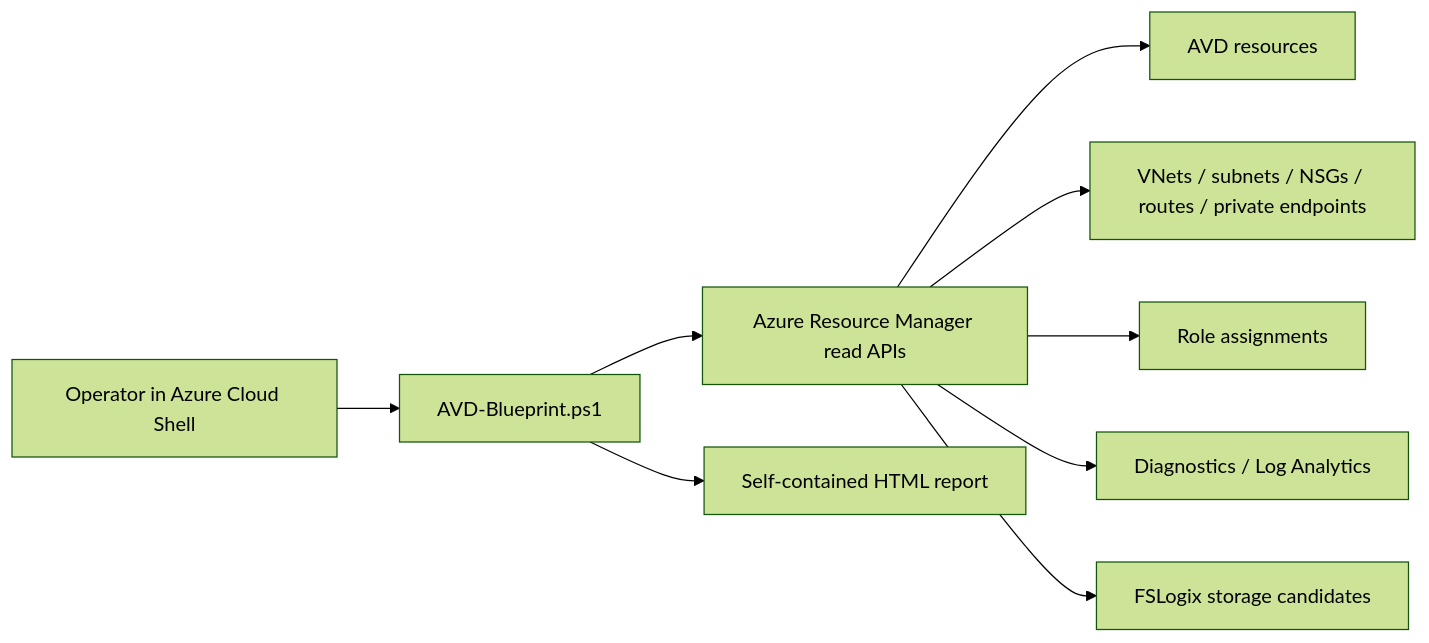
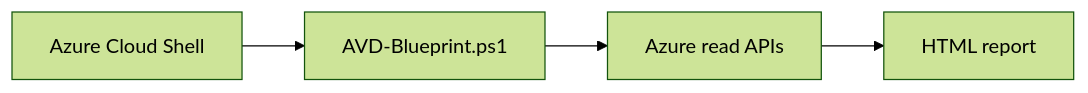
The diagram in docs/architecture.md (marsillig/AVD-DocAssess), drawn with Mermaid (forest theme) before and after one commit. The commit also changed other lines of this file and 2 other files, not shown here.

Commit message:
Simplify public repo documentation

````diff
--- a/docs/architecture.md
+++ b/docs/architecture.md
@@ -5,11 +5,6 @@
 ```mermaid
 flowchart LR
-  Operator["Operator in Azure Cloud Shell"] --> Script["AVD-Blueprint.ps1"]
-  Script --> ARM["Azure Resource Manager read APIs"]
-  ARM --> AVD["AVD resources"]
-  ARM --> Network["VNets / subnets / NSGs / routes / private endpoints"]
-  ARM --> IAM["Role assignments"]
-  ARM --> Monitor["Diagnostics / Log Analytics"]
-  ARM --> Storage["FSLogix storage candidates"]
-  Script --> Report["Self-contained HTML report"]
+  CloudShell["Azure Cloud Shell"] --> Script["AVD-Blueprint.ps1"]
+  Script --> Azure["Azure read APIs"]
+  Azure --> Report["HTML report"]
 ```
````
